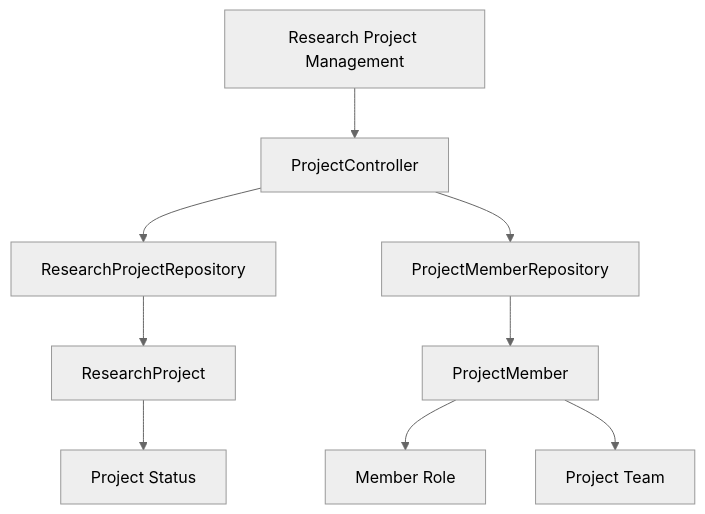
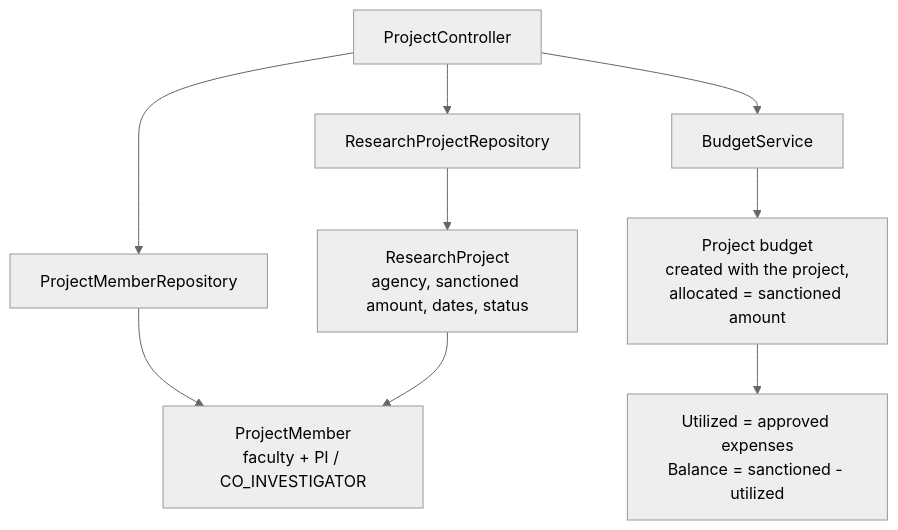
Diagram 13 of 19 in README.md (Git-punit/campus-erp), drawn with Mermaid (neutral theme) before and after one commit. The commit also changed other lines of this file, not shown here.

````diff
--- a/README.md
+++ b/README.md
@@ -660,15 +731,11 @@
 ```mermaid
 flowchart TD
-    A["Research Project Management"]
+    A["ProjectController"]
 
-    A --> B["ProjectController"]
-    B --> C["ResearchProjectRepository"]
-    B --> D["ProjectMemberRepository"]
-
-    C --> E["ResearchProject"]
-    D --> F["ProjectMember"]
-
-    E --> G["Project Status"]
-    F --> H["Member Role"]
-    F --> I["Project Team"]
+    A --> C["ResearchProjectRepository"] --> E["ResearchProject<br/>agency, sanctioned amount, dates, status"]
+    A --> D["ProjectMemberRepository"] --> F["ProjectMember<br/>faculty + PI / CO_INVESTIGATOR"]
+    E --> F
+    A --> B["BudgetService"]
+    B --> G["Project budget<br/>created with the project,<br/>allocated = sanctioned amount"]
+    G --> H["Utilized = approved expenses<br/>Balance = sanctioned - utilized"]
 ```
````
